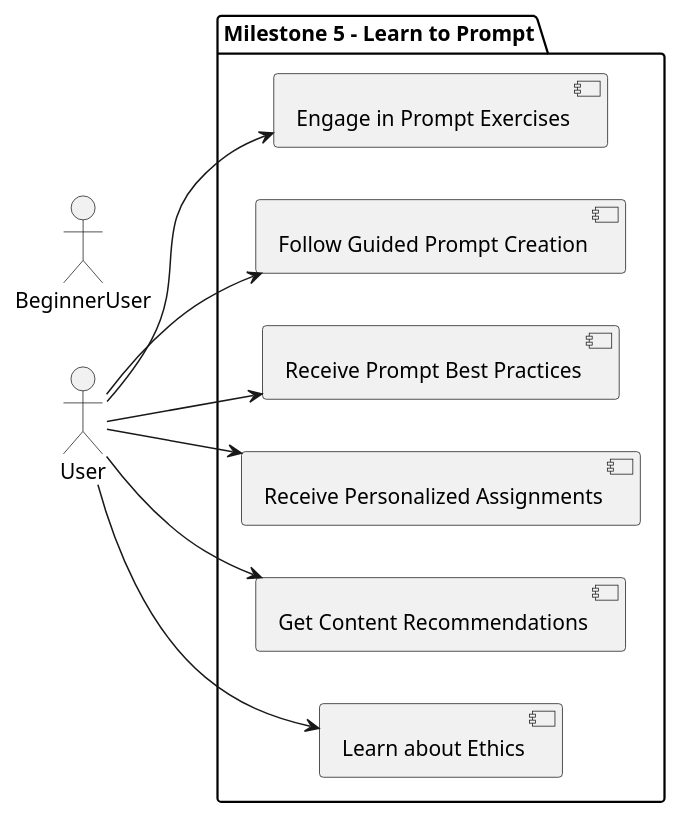
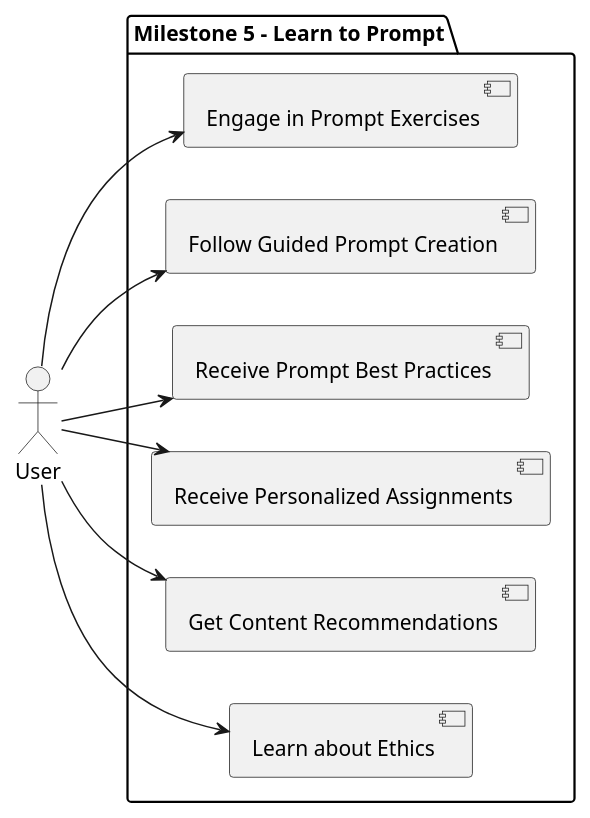
One commit to Windesheim-AI/UML-diagrams changed the diagram in fdd/use-case-diagram/milestone_5.puml. Above: the diagram before and after it, drawn with PlantUML. The commit also changed 5 other files, not shown here.

Commit message:
feat: :memo: Update use case diagrams

```diff
--- a/fdd/use-case-diagram/milestone_5.puml
+++ b/fdd/use-case-diagram/milestone_5.puml
@@ -1,23 +1,22 @@
 @startuml
 left to right direction
 
 actor User as User
-actor BeginnerUser as Beginner
 
 package "Milestone 5 - Learn to Prompt" {
     [Engage in Prompt Exercises] as UC5_1
     [Follow Guided Prompt Creation] as UC5_2
     [Receive Prompt Best Practices] as UC5_3
     [Receive Personalized Assignments] as UC5_5
     [Get Content Recommendations] as UC5_6
     [Learn about Ethics] as UC5_7
 }
 
 User --> UC5_1
 User --> UC5_2
 User --> UC5_3
 User --> UC5_5
 User --> UC5_6
 User --> UC5_7
 
 @enduml
```
